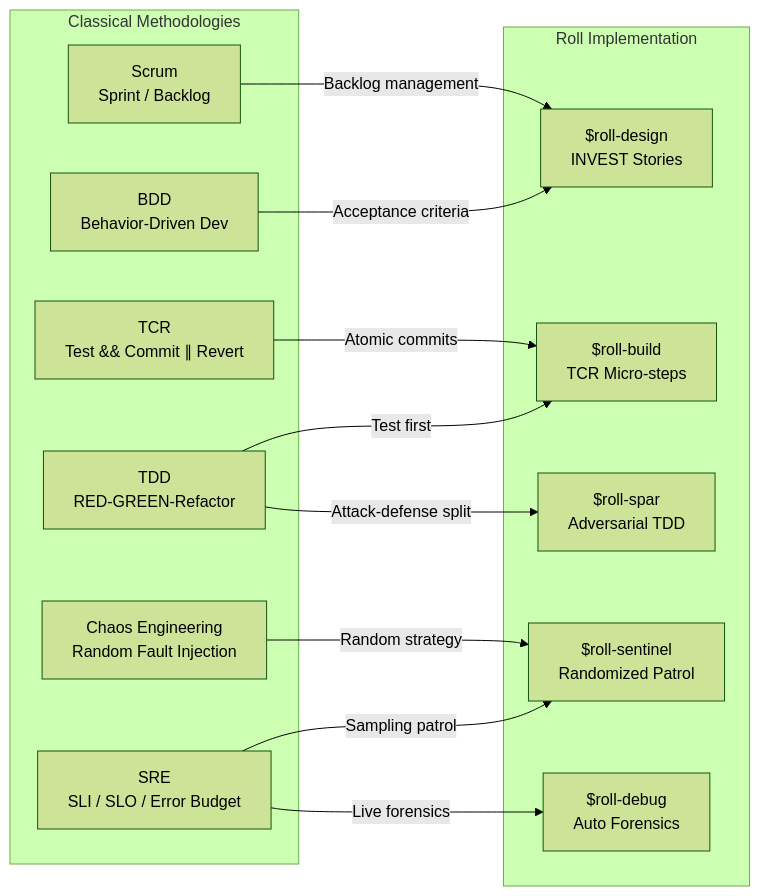
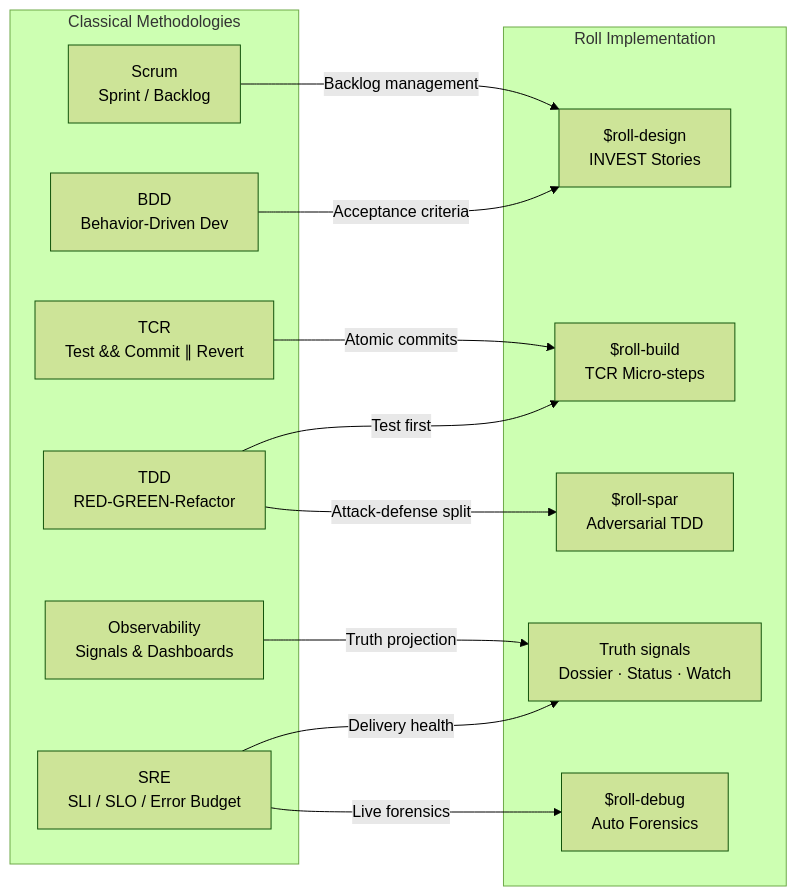
Before and after one commit to seanyao/roll: the second of 2 diagrams in guide/en/methodology.md, drawn with Mermaid (forest theme). The commit also changed other lines of this file and 22 other files, not shown here.

````diff
--- a/guide/en/methodology.md
+++ b/guide/en/methodology.md
@@ -531,28 +515,28 @@
 ```mermaid
 graph LR
     subgraph "Classical Methodologies"
         BDD["BDD<br/>Behavior-Driven Dev"]
         S["Scrum<br/>Sprint / Backlog"]
         T["TDD<br/>RED-GREEN-Refactor"]
         TCR["TCR<br/>Test && Commit ∥ Revert"]
         SRE["SRE<br/>SLI / SLO / Error Budget"]
-        CE["Chaos Engineering<br/>Random Fault Injection"]
+        O11Y["Observability<br/>Signals & Dashboards"]
     end
 
     subgraph "Roll Implementation"
         D["$roll-design<br/>INVEST Stories"]
         SB["$roll-build<br/>TCR Micro-steps"]
         SP["$roll-spar<br/>Adversarial TDD"]
-        SE["$roll-sentinel<br/>Randomized Patrol"]
+        TS["Truth signals<br/>Dossier · Status · Watch"]
         BB["$roll-debug<br/>Auto Forensics"]
     end
 
     BDD -->|"Acceptance criteria"| D
     S -->|"Backlog management"| D
     T -->|"Test first"| SB
     TCR -->|"Atomic commits"| SB
     T -->|"Attack-defense split"| SP
-    SRE -->|"Sampling patrol"| SE
-    CE -->|"Random strategy"| SE
+    SRE -->|"Delivery health"| TS
+    O11Y -->|"Truth projection"| TS
     SRE -->|"Live forensics"| BB
 ```
````
